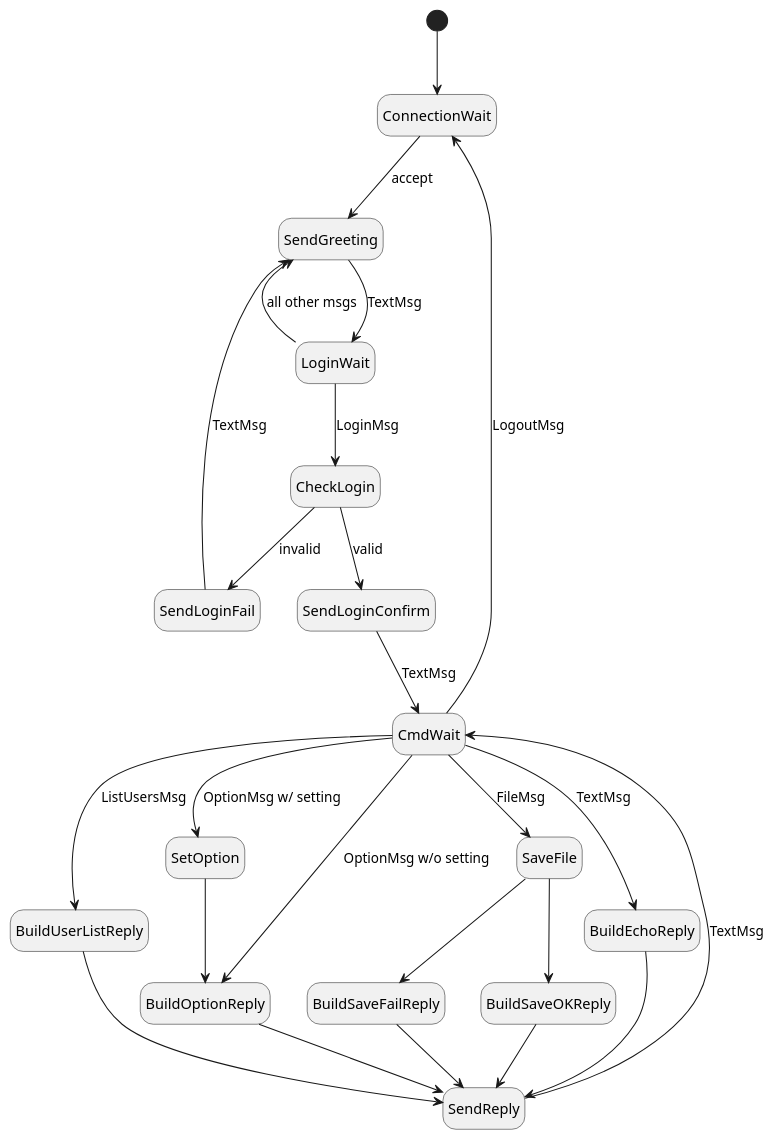
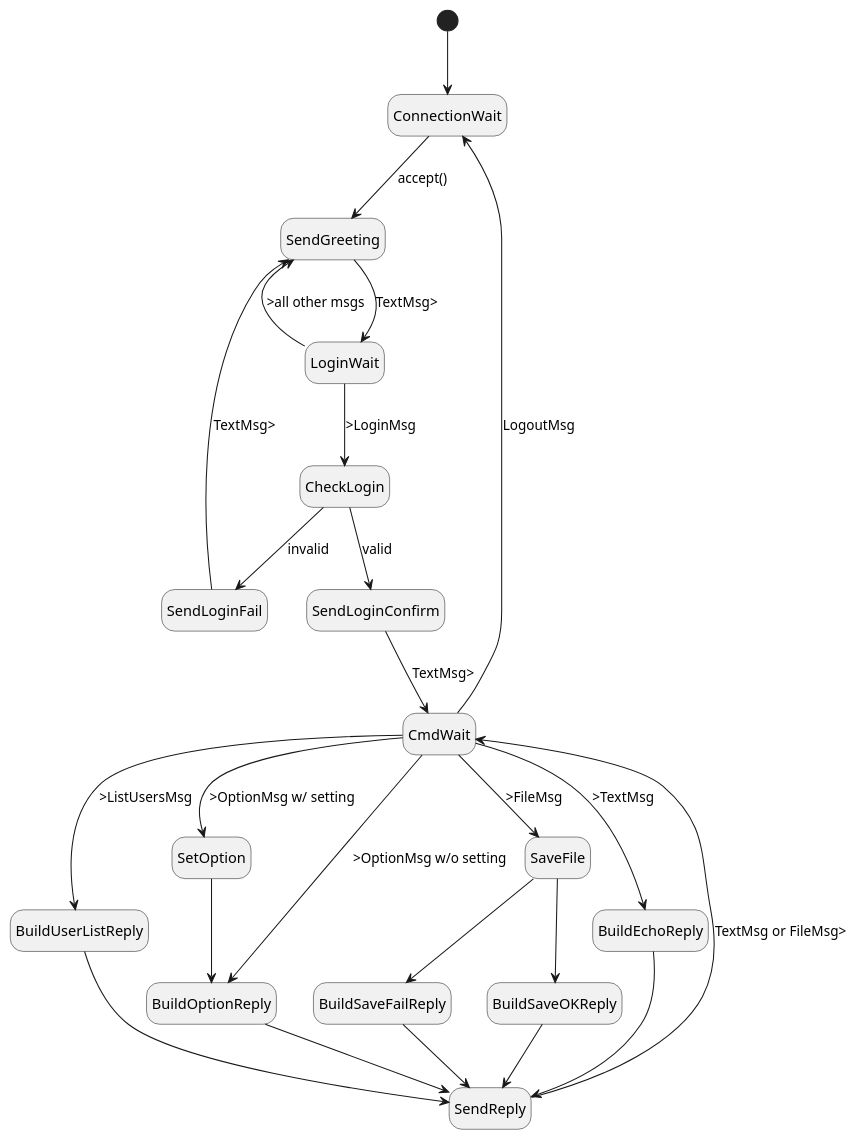
One commit to dtuinstr/clack2-instructor changed the diagram in design/server_state.puml. Above: the diagram before and after it, drawn with PlantUML.

Commit message:
Add direction notation to edges representing read/write of message.

```diff
--- a/design/server_state.puml
+++ b/design/server_state.puml
@@ -1,35 +1,35 @@
 @startuml
 'https://plantuml.com/state-diagram
 hide empty description
 'scale 350 width
 
 [*] --> ConnectionWait
-ConnectionWait --> SendGreeting : accept
-SendGreeting --> LoginWait : TextMsg
+ConnectionWait --> SendGreeting : accept()
+SendGreeting --> LoginWait : TextMsg>
 
-LoginWait --> CheckLogin : LoginMsg
-LoginWait --> SendGreeting : all other msgs
+LoginWait --> CheckLogin : >LoginMsg
+LoginWait --> SendGreeting : >all other msgs
 CheckLogin --> SendLoginFail : invalid
-SendLoginFail --> SendGreeting : TextMsg
+SendLoginFail --> SendGreeting : TextMsg>
 CheckLogin --> SendLoginConfirm : valid
-SendLoginConfirm --> CmdWait : TextMsg
+SendLoginConfirm --> CmdWait : TextMsg>
 CmdWait --> ConnectionWait : LogoutMsg
 
-CmdWait --> BuildUserListReply : ListUsersMsg
-CmdWait --> SetOption : OptionMsg w/ setting
-CmdWait --> BuildOptionReply : OptionMsg w/o setting
+CmdWait --> BuildUserListReply : >ListUsersMsg
+CmdWait --> SetOption : >OptionMsg w/ setting
+CmdWait --> BuildOptionReply : >OptionMsg w/o setting
 SetOption --> BuildOptionReply
-CmdWait --> SaveFile : FileMsg
+CmdWait --> SaveFile : >FileMsg
 SaveFile --> BuildSaveOKReply
 SaveFile --> BuildSaveFailReply
-CmdWait --> BuildEchoReply : TextMsg
+CmdWait --> BuildEchoReply : >TextMsg
 
 BuildUserListReply --> SendReply
 BuildOptionReply --> SendReply
 BuildSaveOKReply --> SendReply
 BuildSaveFailReply --> SendReply
 BuildEchoReply --> SendReply
 
-SendReply --> CmdWait : TextMsg
+SendReply --> CmdWait : TextMsg or FileMsg>
 
 @enduml
```
